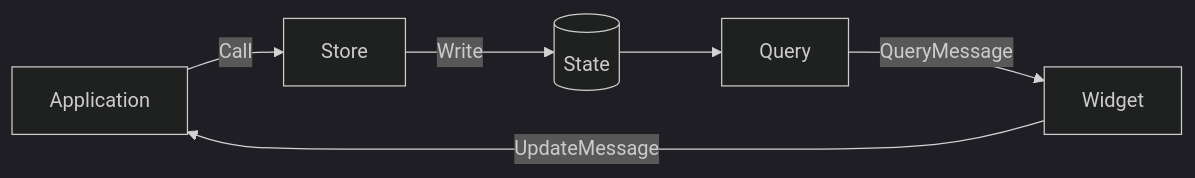
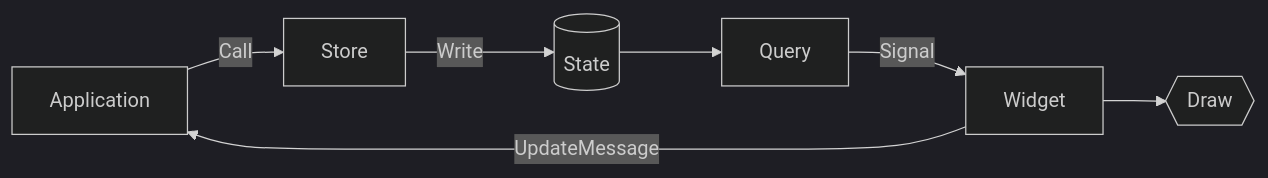
Before and after one commit to iced-rs/rfcs: the first of 2 diagrams in text/0000-shared-widget-state.md, drawn with Mermaid (dark theme). The commit also changed other lines of this file, not shown here.

Commit message:
keyboard events example cleanup

````diff
--- a/text/0000-shared-widget-state.md
+++ b/text/0000-shared-widget-state.md
@@ -42,8 +42,9 @@
 ```mermaid
   graph LR;
     Application--Call-->Store;
     Store--Write-->State[(State)];
-    Query--QueryMessage-->Widget
+    Query--Signal-->Widget
+    Widget-->Draw{{Draw}}
     Widget--UpdateMessage-->Application;
     State-->Query;
 ```
````
